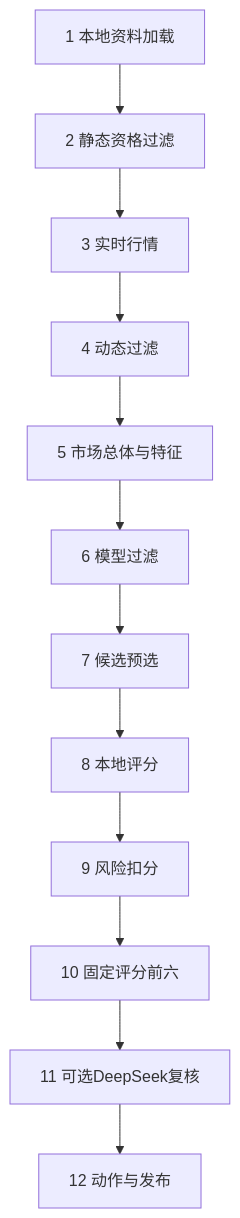
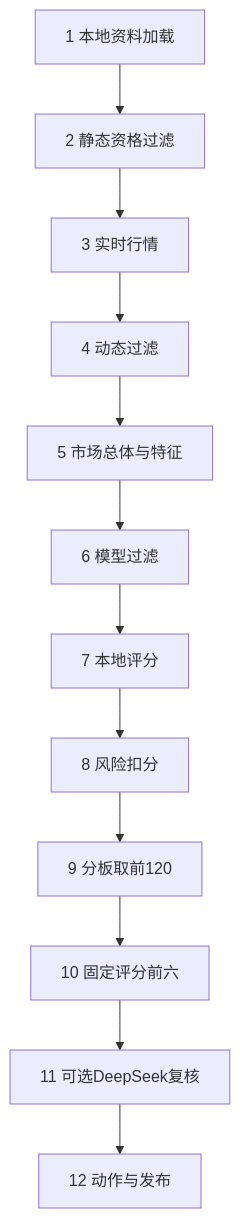
The first of 2 diagrams in docs/1_评分逻辑.md (373699756/trader), drawn with Mermaid before and after one commit. The commit also changed other lines of this file and 3 other files, not shown here.

```diff
--- a/docs/1_评分逻辑.md
+++ b/docs/1_评分逻辑.md
@@ -52,14 +31,14 @@
 ~~~mermaid
 flowchart TD
     A["1 本地资料加载"] --> B["2 静态资格过滤"]
     B --> C["3 实时行情"]
     C --> D["4 动态过滤"]
     D --> E["5 市场总体与特征"]
     E --> F["6 模型过滤"]
-    F --> G["7 候选预选"]
-    G --> H["8 本地评分"]
-    H --> I["9 风险扣分"]
+    F --> G["7 本地评分"]
+    G --> H["8 风险扣分"]
+    H --> I["9 分板取前120"]
     I --> J["10 固定评分前六"]
     J --> K["11 可选DeepSeek复核"]
     K --> L["12 动作与发布"]
 ~~~
```
